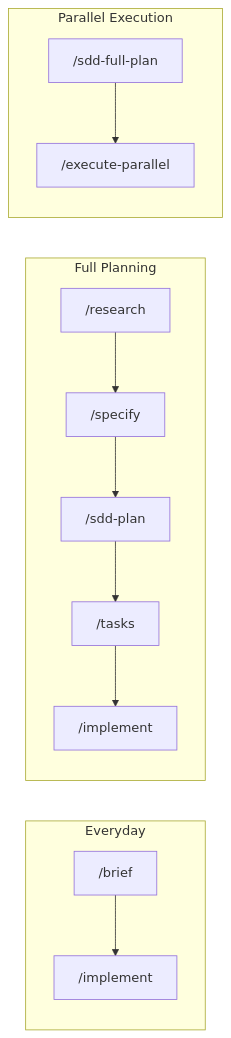
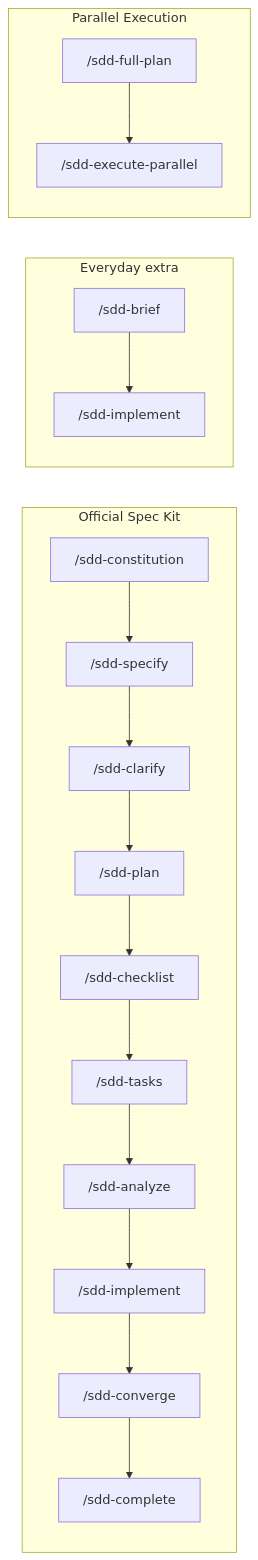
Before and after one commit to Acetyld/spec-kit-command-cursor: the first of 2 diagrams in README-technical.md, drawn with Mermaid. The commit also changed other lines of this file and 114 other files, not shown here.

First line of the commit message:
Port official Spec Kit gates to /sdd-* and bump the plugin to 6.1.0.

````diff
--- a/README-technical.md
+++ b/README-technical.md
@@ -163,12 +174,12 @@
 ```mermaid
 flowchart LR
-    subgraph quick [Everyday]
-        A["/brief"] --> B["/implement"]
+    subgraph official [Official Spec Kit]
+        C["/sdd-constitution"] --> S["/sdd-specify"] --> Cl["/sdd-clarify"] --> P["/sdd-plan"] --> Ch["/sdd-checklist"] --> T["/sdd-tasks"] --> A["/sdd-analyze"] --> I["/sdd-implement"] --> Cv["/sdd-converge"] --> Done["/sdd-complete"]
     end
-    subgraph full [Full Planning]
-        D["/research"] --> E["/specify"] --> F["/sdd-plan"] --> G["/tasks"] --> H["/implement"]
+    subgraph quick [Everyday extra]
+        B["/sdd-brief"] --> Imp["/sdd-implement"]
     end
     subgraph parallel [Parallel Execution]
-        I["/sdd-full-plan"] --> J["/execute-parallel"]
+        F["/sdd-full-plan"] --> E["/sdd-execute-parallel"]
     end
 ```
````
